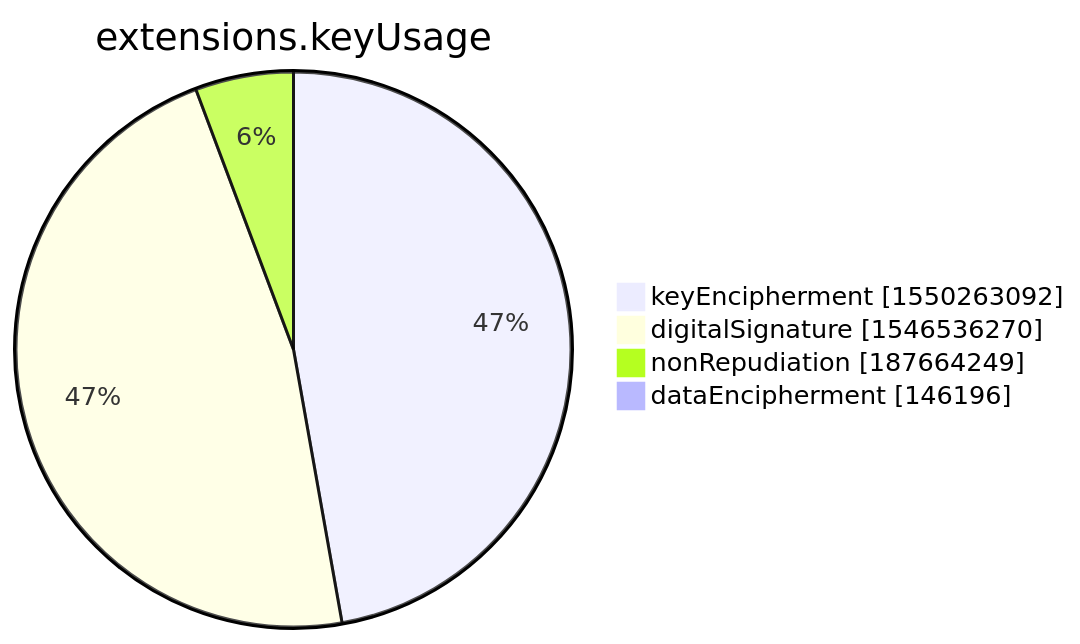
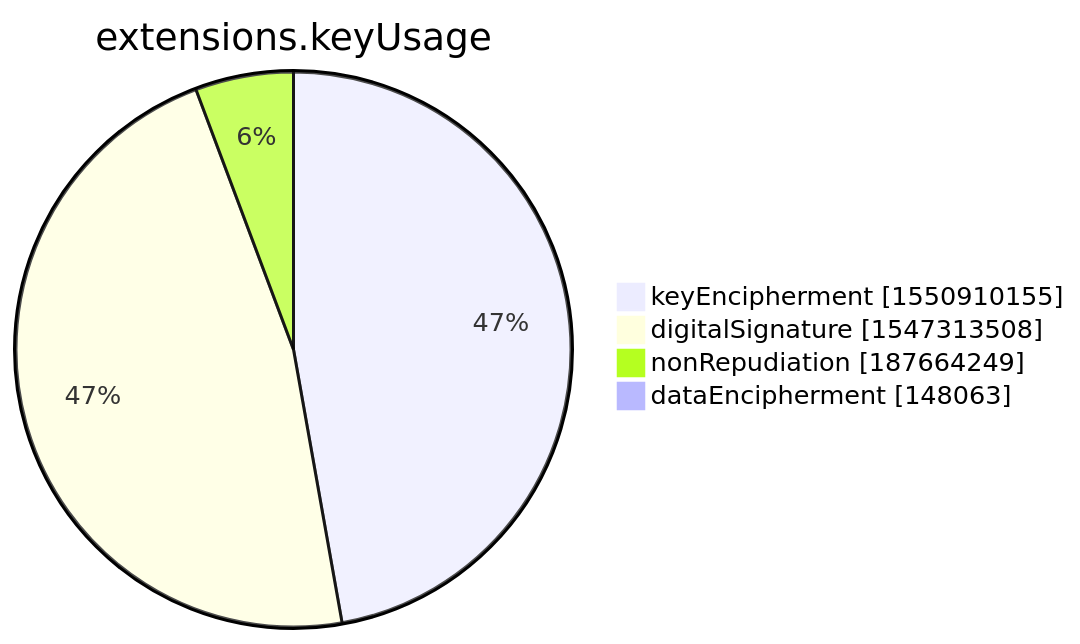
Before and after one commit to christiankrug/ctmonitor_visualization: the seventh of 15 diagrams in xenon2022/README.md, drawn with Mermaid. The commit also changed other lines of this file, not shown here.

````diff
--- a/xenon2022/README.md
+++ b/xenon2022/README.md
@@ -2851,8 +2852,8 @@
 ```mermaid
 pie showData
 title extensions.keyUsage
-"keyEncipherment" :1550263092
-"digitalSignature" :1546536270
+"keyEncipherment" :1550910155
+"digitalSignature" :1547313508
 "nonRepudiation" :187664249
-"dataEncipherment" :146196
+"dataEncipherment" :148063
 ```
````
